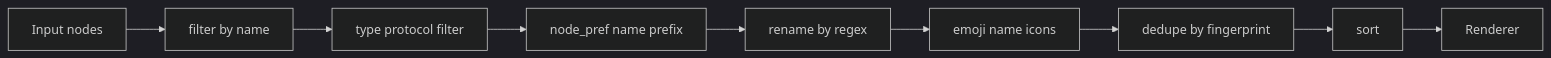
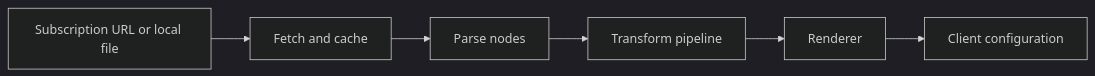
One commit to tktogether/subforge changed the diagram in README_en.md. Above: the diagram before and after it, drawn with Mermaid (dark theme). The commit also changed other lines of this file and 11 other files, not shown here.

````diff
--- a/README_en.md
+++ b/README_en.md
@@ -133,11 +64,8 @@
 ```mermaid
 flowchart LR
-    A[Input nodes] --> B[filter by name]
-    B --> C[type protocol filter]
-    C --> D[node_pref name prefix]
-    D --> E[rename by regex]
-    E --> F[emoji name icons]
-    F --> G[dedupe by fingerprint]
-    G --> H[sort]
-    H --> I[Renderer]
+    A[Subscription URL or local file] --> B[Fetch and cache]
+    B --> C[Parse nodes]
+    C --> D[Transform pipeline]
+    D --> E[Renderer]
+    E --> F[Client configuration]
 ```
````
